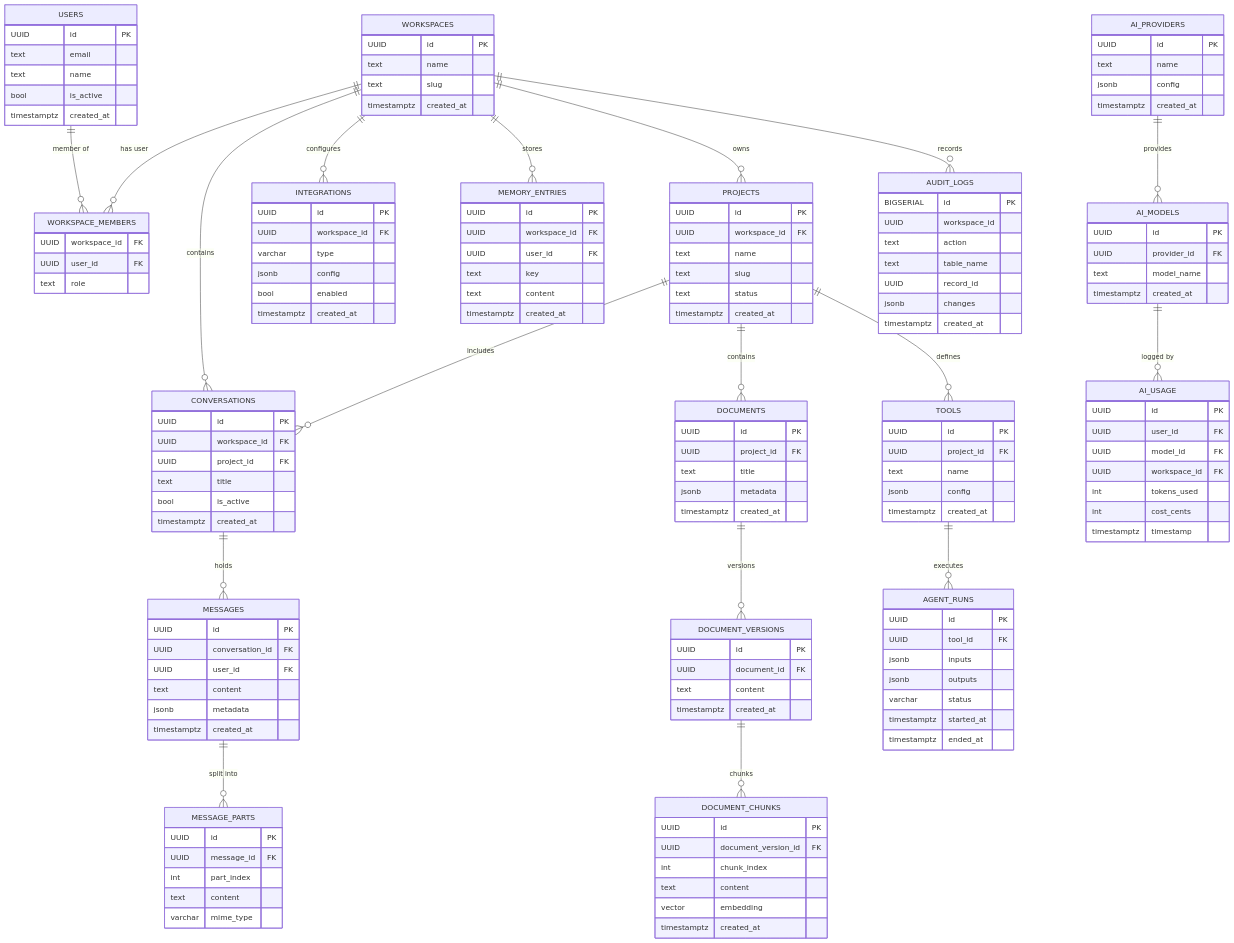
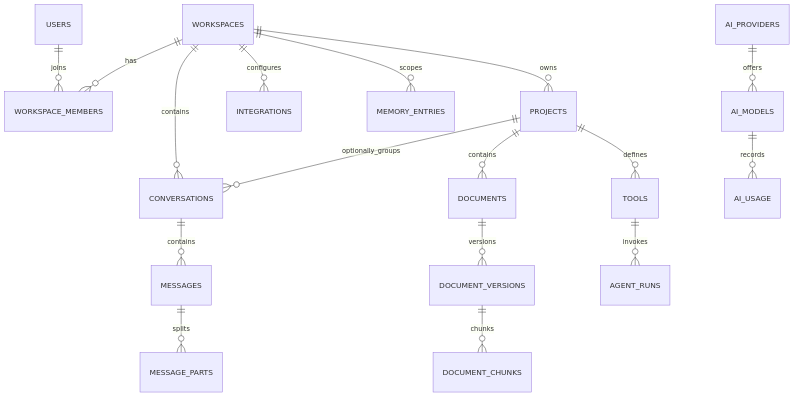
The diagram in docs/DATABASE.md (Raj-Patel7807/kontexa), drawn with Mermaid before and after one commit. The commit also changed other lines of this file and 17 other files, not shown here.

````diff
--- a/docs/DATABASE.md
+++ b/docs/DATABASE.md
@@ -64,153 +34,19 @@
 ```mermaid
 erDiagram
-    USERS {
-      UUID id PK
-      text email
-      text name
-      bool is_active
-      timestamptz created_at
-    }
-    WORKSPACES {
-      UUID id PK
-      text name
-      text slug
-      timestamptz created_at
-    }
-    WORKSPACE_MEMBERS {
-      UUID workspace_id FK
-      UUID user_id FK
-      text role
-    }
-    PROJECTS {
-      UUID id PK
-      UUID workspace_id FK
-      text name
-      text slug
-      text status
-      timestamptz created_at
-    }
-    CONVERSATIONS {
-      UUID id PK
-      UUID workspace_id FK
-      UUID project_id FK
-      text title
-      bool is_active
-      timestamptz created_at
-    }
-    MESSAGES {
-      UUID id PK
-      UUID conversation_id FK
-      UUID user_id FK
-      text content
-      jsonb metadata
-      timestamptz created_at
-    }
-    MESSAGE_PARTS {
-      UUID id PK
-      UUID message_id FK
-      int part_index
-      text content
-      varchar mime_type
-    }
-    INTEGRATIONS {
-      UUID id PK
-      UUID workspace_id FK
-      varchar type
-      jsonb config
-      bool enabled
-      timestamptz created_at
-    }
-    DOCUMENTS {
-      UUID id PK
-      UUID project_id FK
-      text title
-      jsonb metadata
-      timestamptz created_at
-    }
-    DOCUMENT_VERSIONS {
-      UUID id PK
-      UUID document_id FK
-      text content
-      timestamptz created_at
-    }
-    DOCUMENT_CHUNKS {
-      UUID id PK
-      UUID document_version_id FK
-      int chunk_index
-      text content
-      vector embedding
-      timestamptz created_at
-    }
-    MEMORY_ENTRIES {
-      UUID id PK
-      UUID workspace_id FK
-      UUID user_id FK
-      text key
-      text content
-      timestamptz created_at
-    }
-    TOOLS {
-      UUID id PK
-      UUID project_id FK
-      text name
-      jsonb config
-      timestamptz created_at
-    }
-    AGENT_RUNS {
-      UUID id PK
-      UUID tool_id FK
-      jsonb inputs
-      jsonb outputs
-      varchar status
-      timestamptz started_at
-      timestamptz ended_at
-    }
-    AI_PROVIDERS {
-      UUID id PK
-      text name
-      jsonb config
-      timestamptz created_at
-    }
-    AI_MODELS {
-      UUID id PK
-      UUID provider_id FK
-      text model_name
-      timestamptz created_at
-    }
-    AI_USAGE {
-      UUID id PK
-      UUID user_id FK
-      UUID model_id FK
-      UUID workspace_id FK
-      int tokens_used
-      int cost_cents
-      timestamptz timestamp
-    }
-    AUDIT_LOGS {
-      BIGSERIAL id PK
-      UUID workspace_id
-      text action
-      text table_name
-      UUID record_id
-      jsonb changes
-      timestamptz created_at
-    }
-
-    USERS ||--o{ WORKSPACE_MEMBERS : "member of"
-    WORKSPACES ||--o{ WORKSPACE_MEMBERS : "has user"
-    WORKSPACES ||--o{ PROJECTS : "owns"
-    WORKSPACES ||--o{ CONVERSATIONS : "contains"
-    WORKSPACES ||--o{ INTEGRATIONS : "configures"
-    WORKSPACES ||--o{ MEMORY_ENTRIES : "stores"
-    WORKSPACES ||--o{ AUDIT_LOGS : "records"
-    PROJECTS ||--o{ CONVERSATIONS : "includes"
-    PROJECTS ||--o{ DOCUMENTS : "contains"
-    PROJECTS ||--o{ TOOLS : "defines"
-    CONVERSATIONS ||--o{ MESSAGES : "holds"
-    MESSAGES ||--o{ MESSAGE_PARTS : "split into"
-    DOCUMENTS ||--o{ DOCUMENT_VERSIONS : "versions"
-    DOCUMENT_VERSIONS ||--o{ DOCUMENT_CHUNKS : "chunks"
-    TOOLS ||--o{ AGENT_RUNS : "executes"
-    AI_PROVIDERS ||--o{ AI_MODELS : "provides"
-    AI_MODELS ||--o{ AI_USAGE : "logged by"
+    USERS ||--o{ WORKSPACE_MEMBERS : joins
+    WORKSPACES ||--o{ WORKSPACE_MEMBERS : has
+    WORKSPACES ||--o{ PROJECTS : owns
+    WORKSPACES ||--o{ CONVERSATIONS : contains
+    PROJECTS ||--o{ CONVERSATIONS : optionally_groups
+    CONVERSATIONS ||--o{ MESSAGES : contains
+    MESSAGES ||--o{ MESSAGE_PARTS : splits
+    PROJECTS ||--o{ DOCUMENTS : contains
+    DOCUMENTS ||--o{ DOCUMENT_VERSIONS : versions
+    DOCUMENT_VERSIONS ||--o{ DOCUMENT_CHUNKS : chunks
+    WORKSPACES ||--o{ INTEGRATIONS : configures
+    WORKSPACES ||--o{ MEMORY_ENTRIES : scopes
+    PROJECTS ||--o{ TOOLS : defines
+    TOOLS ||--o{ AGENT_RUNS : invokes
+    AI_PROVIDERS ||--o{ AI_MODELS : offers
+    AI_MODELS ||--o{ AI_USAGE : records
 ```
````
